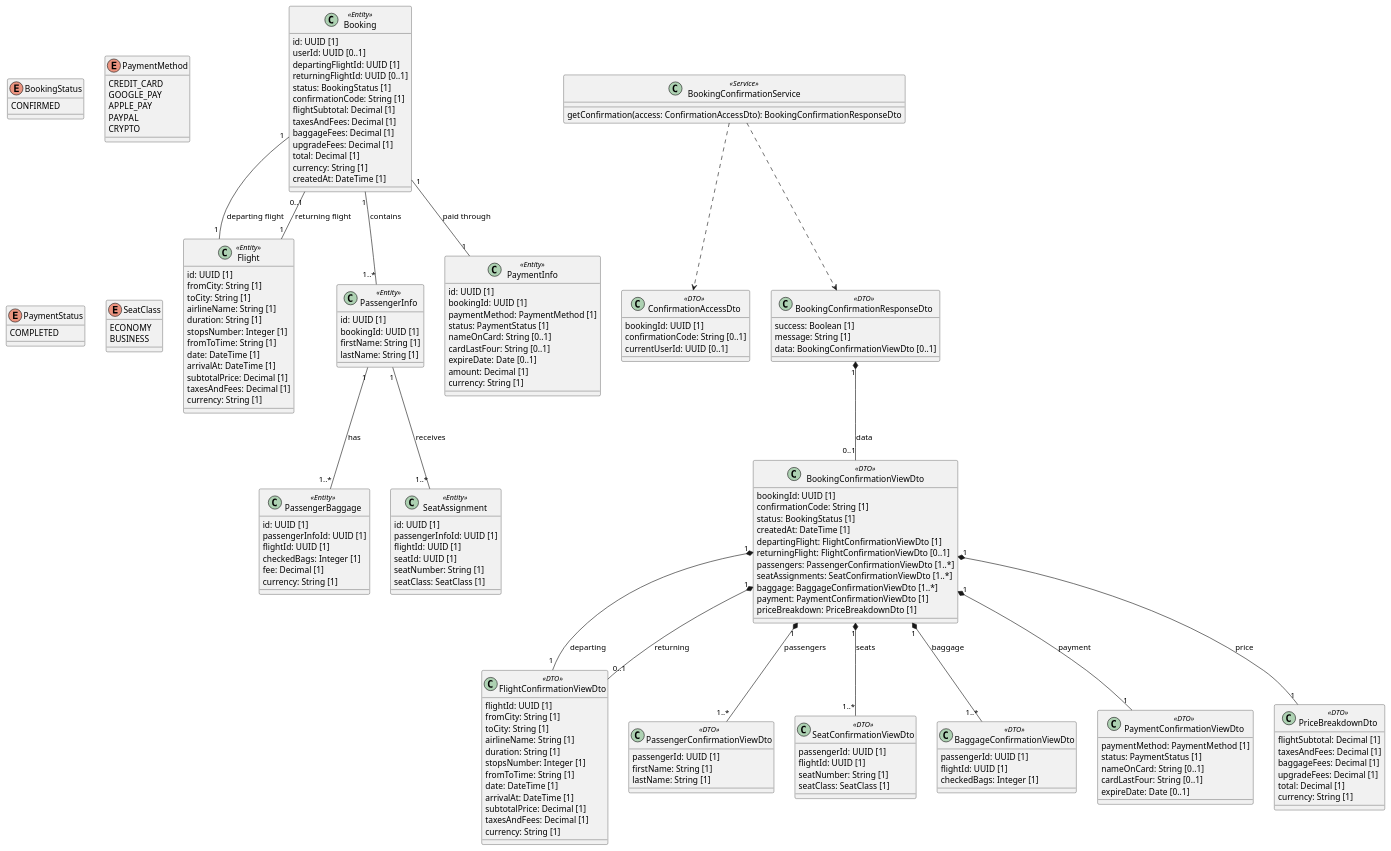
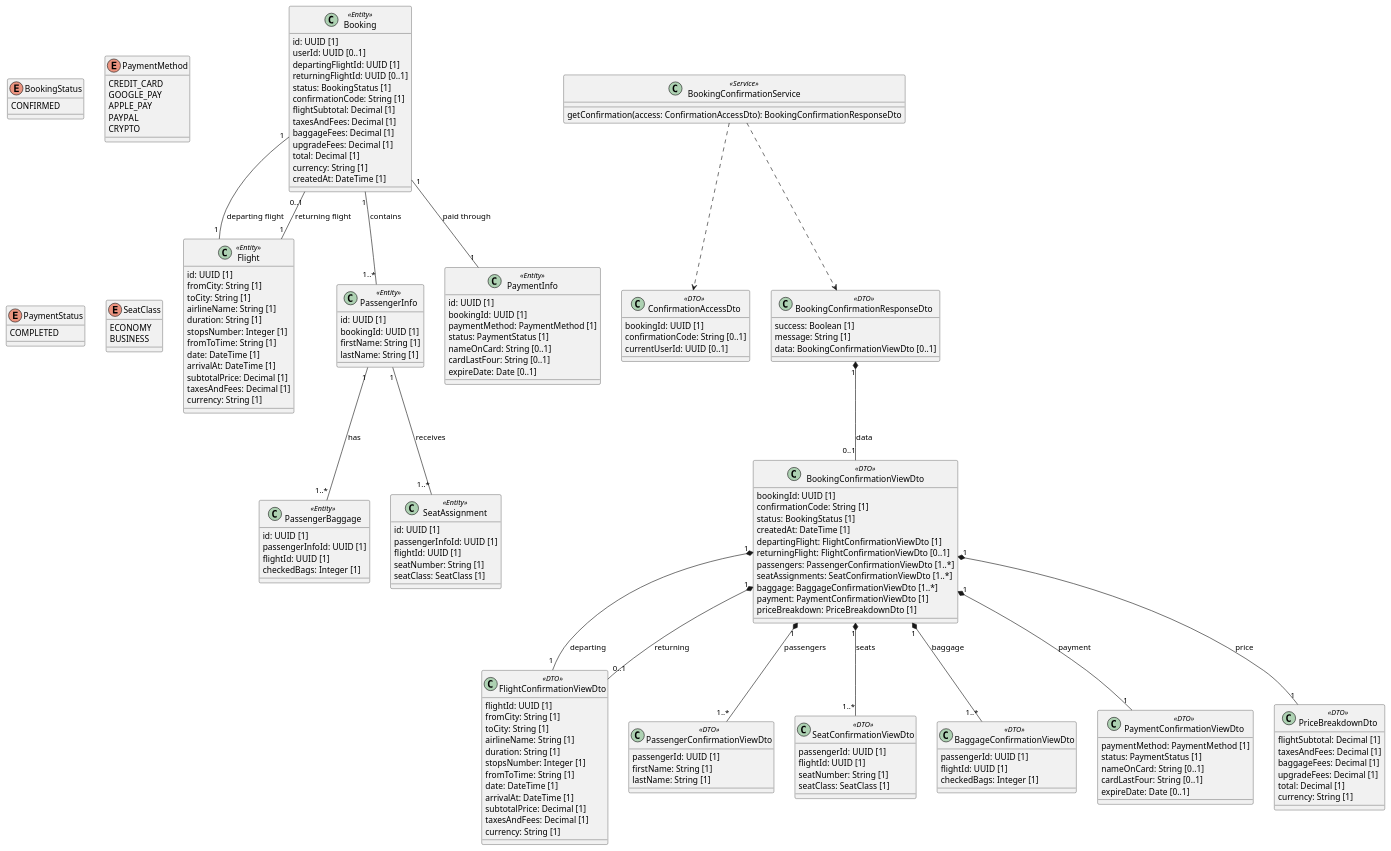
The diagram in 01-inception/use-cases/uc-06-view-booking-confirmation.md (khanhNguyenHong2311/VT-TripmaSpecification), drawn with PlantUML before and after one commit. The commit also changed other lines of this file and 12 other files, not shown here.

Commit message:
feat: add database-schema, uc08, 09, 12; modify: all uc

```diff
--- a/01-inception/use-cases/uc-06-view-booking-confirmation.md
+++ b/01-inception/use-cases/uc-06-view-booking-confirmation.md
@@ -153,15 +153,12 @@
   passengerInfoId: UUID [1]
   flightId: UUID [1]
   checkedBags: Integer [1]
-  fee: Decimal [1]
-  currency: String [1]
 }
 
 class SeatAssignment <<Entity>> {
   id: UUID [1]
   passengerInfoId: UUID [1]
   flightId: UUID [1]
-  seatId: UUID [1]
   seatNumber: String [1]
   seatClass: SeatClass [1]
 }
@@ -179,8 +176,6 @@
   nameOnCard: String [0..1]
   cardLastFour: String [0..1]
   expireDate: Date [0..1]
-  amount: Decimal [1]
-  currency: String [1]
 }
 
 class ConfirmationAccessDto <<DTO>> {
```
